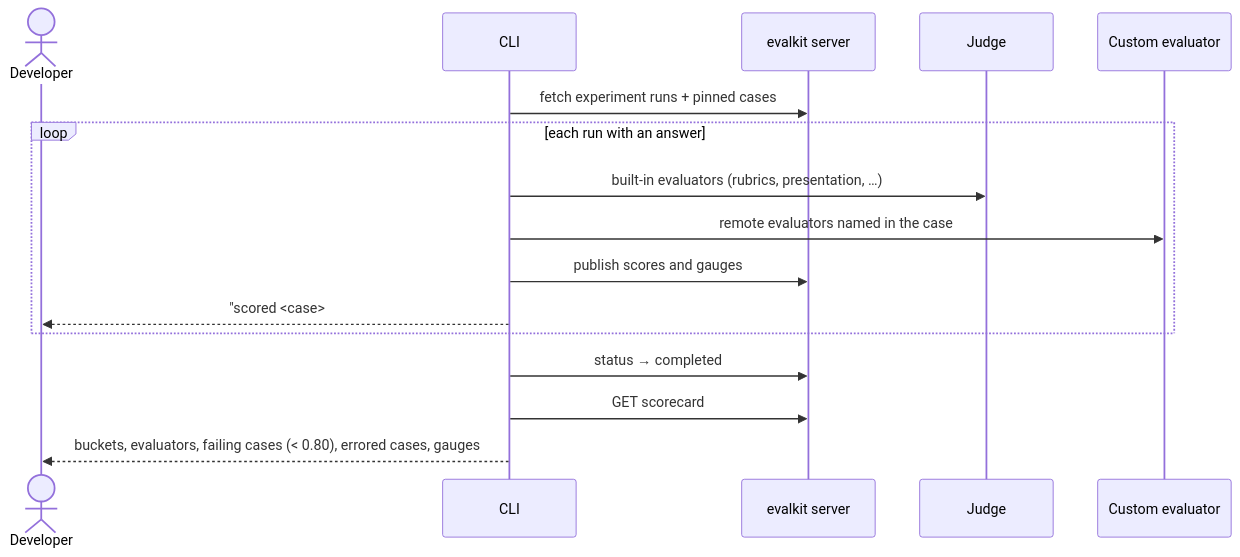
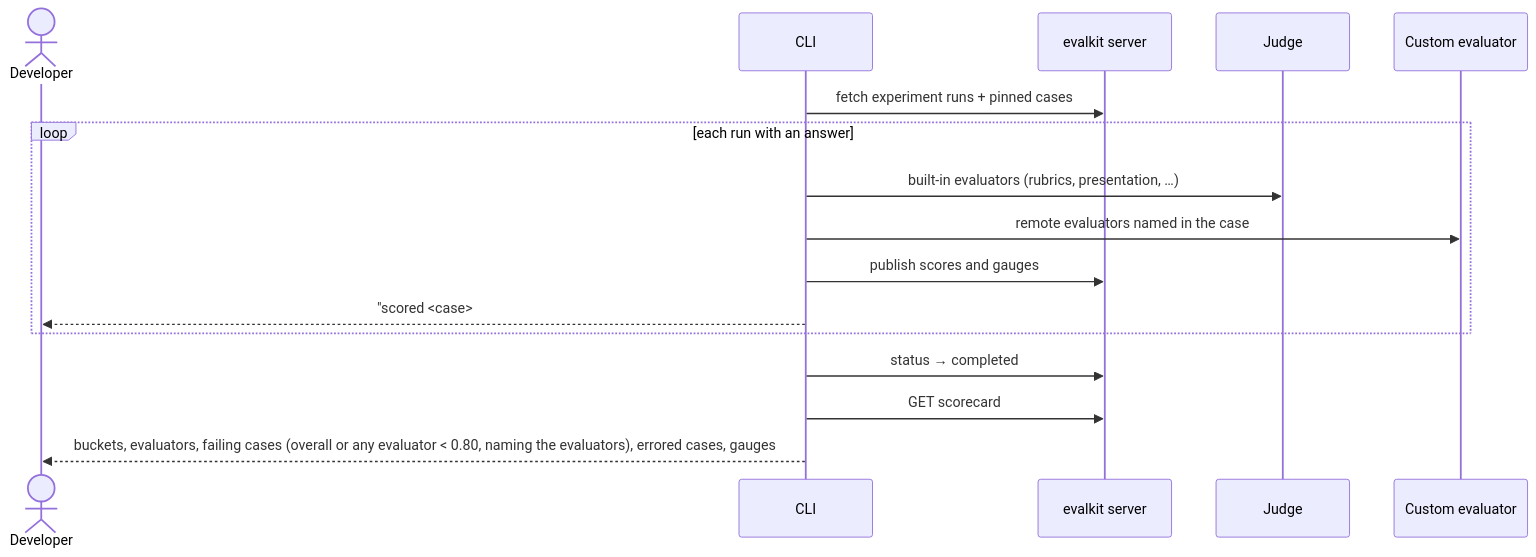
Before and after one commit to inferedge-ai/evalkit: the second of 3 diagrams in docs/flows/07-local-harness-run.md, drawn with Mermaid. The commit also changed 9 other files, not shown here.

````diff
--- a/docs/flows/07-local-harness-run.md
+++ b/docs/flows/07-local-harness-run.md
@@ -52,19 +52,19 @@
 ```mermaid
 sequenceDiagram
   actor Dev as Developer
   participant CLI
   participant S as evalkit server
   participant J as Judge
   participant E as Custom evaluator
 
   CLI->>S: fetch experiment runs + pinned cases
   loop each run with an answer
     CLI->>J: built-in evaluators (rubrics, presentation, …)
     CLI->>E: remote evaluators named in the case
     CLI->>S: publish scores and gauges
     CLI-->>Dev: "scored #lt;case#gt; ##lt;rep#gt; (#lt;n#gt; rows)"
   end
   CLI->>S: status → completed
   CLI->>S: GET scorecard
-  CLI-->>Dev: buckets, evaluators, failing cases (< 0.80), errored cases, gauges
+  CLI-->>Dev: buckets, evaluators, failing cases (overall or any evaluator < 0.80, naming the evaluators), errored cases, gauges
 ```
````
